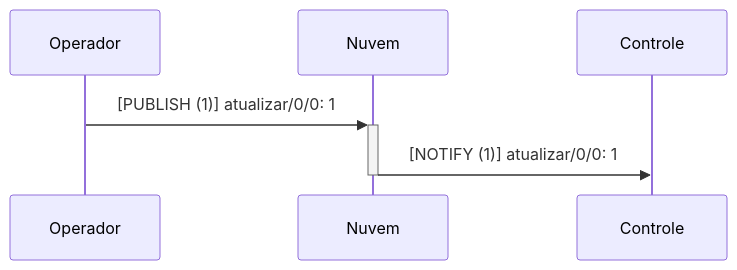
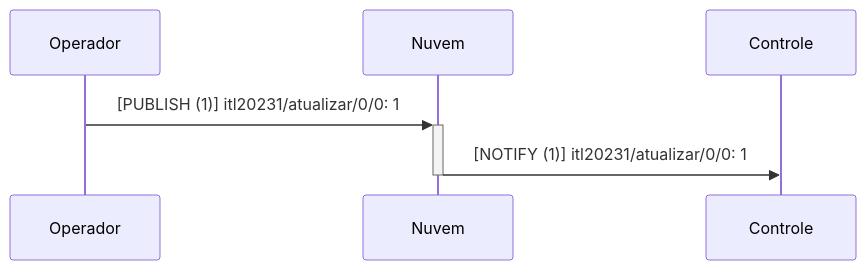
Before and after one commit to ederson-torresini/itl20231: the fourth of 5 diagrams in projeto-da-disciplina.md, drawn with Mermaid. The commit also changed other lines of this file and 2 other files, not shown here.

Commit message:
Adicionar prefixo itl20231 aos tópicos MQTT

````diff
--- a/projeto-da-disciplina.md
+++ b/projeto-da-disciplina.md
@@ -92,5 +93,5 @@
 ```mermaid
 sequenceDiagram
-Operador ->>+ Nuvem: [PUBLISH (1)] atualizar/0/0: 1
-Nuvem ->>- Controle: [NOTIFY (1)] atualizar/0/0: 1
+Operador ->>+ Nuvem: [PUBLISH (1)] itl20231/atualizar/0/0: 1
+Nuvem ->>- Controle: [NOTIFY (1)] itl20231/atualizar/0/0: 1
 ```
````
